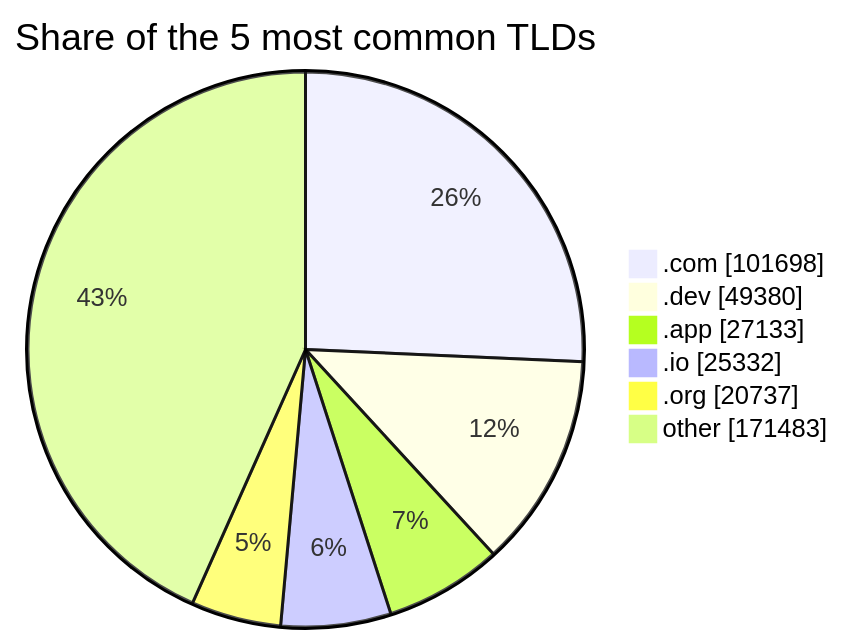
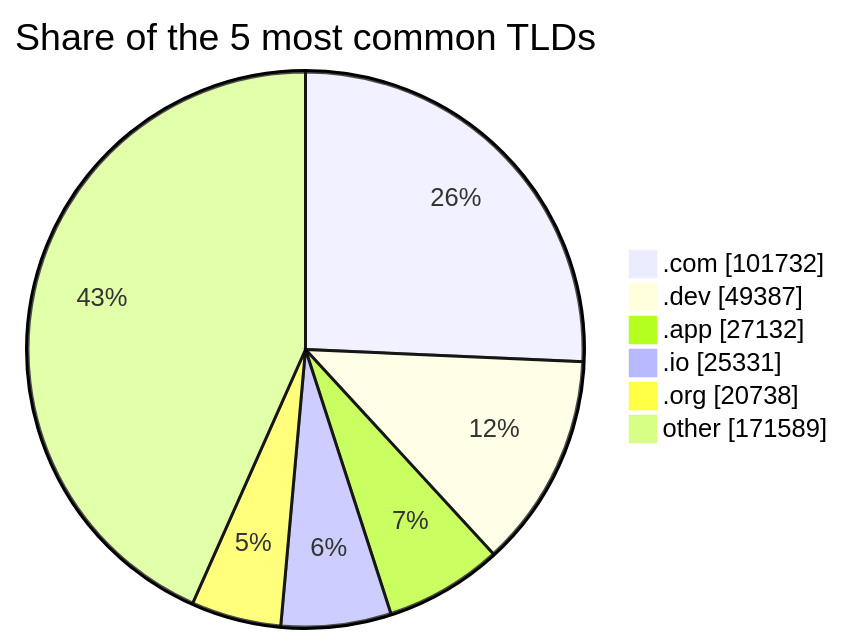
The third of 3 diagrams in README.md (DNSBunker/CTI), drawn with Mermaid before and after one commit. The commit also changed other lines of this file and 3 other files, not shown here.

````diff
--- a/README.md
+++ b/README.md
@@ -81,9 +81,9 @@
 ```mermaid
 pie showData title Share of the 5 most common TLDs
-    ".com" : 101698
-    ".dev" : 49380
-    ".app" : 27133
-    ".io" : 25332
-    ".org" : 20737
-    "other" : 171483
+    ".com" : 101732
+    ".dev" : 49387
+    ".app" : 27132
+    ".io" : 25331
+    ".org" : 20738
+    "other" : 171589
 ```
````
